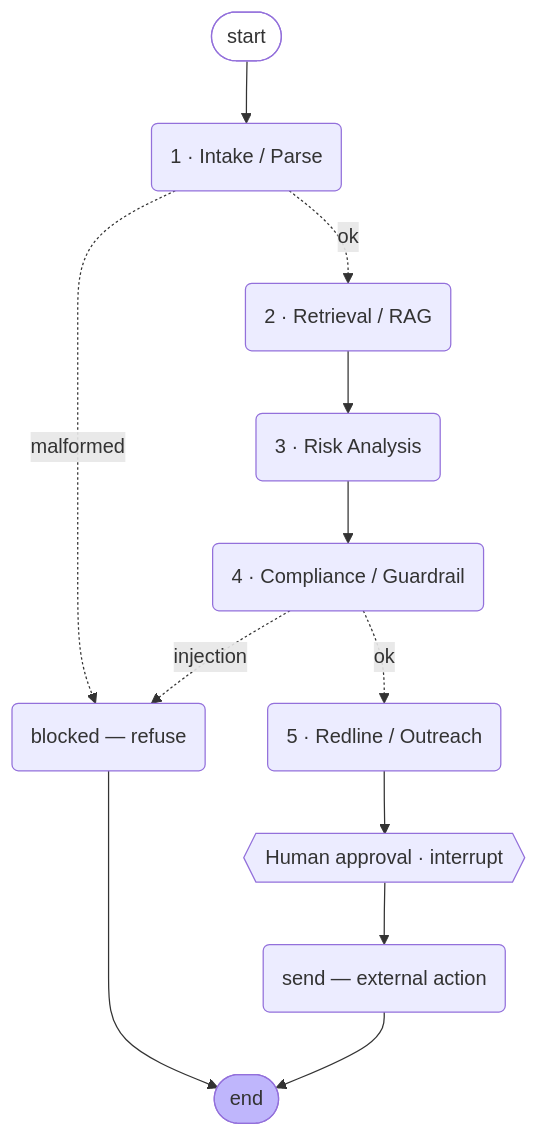
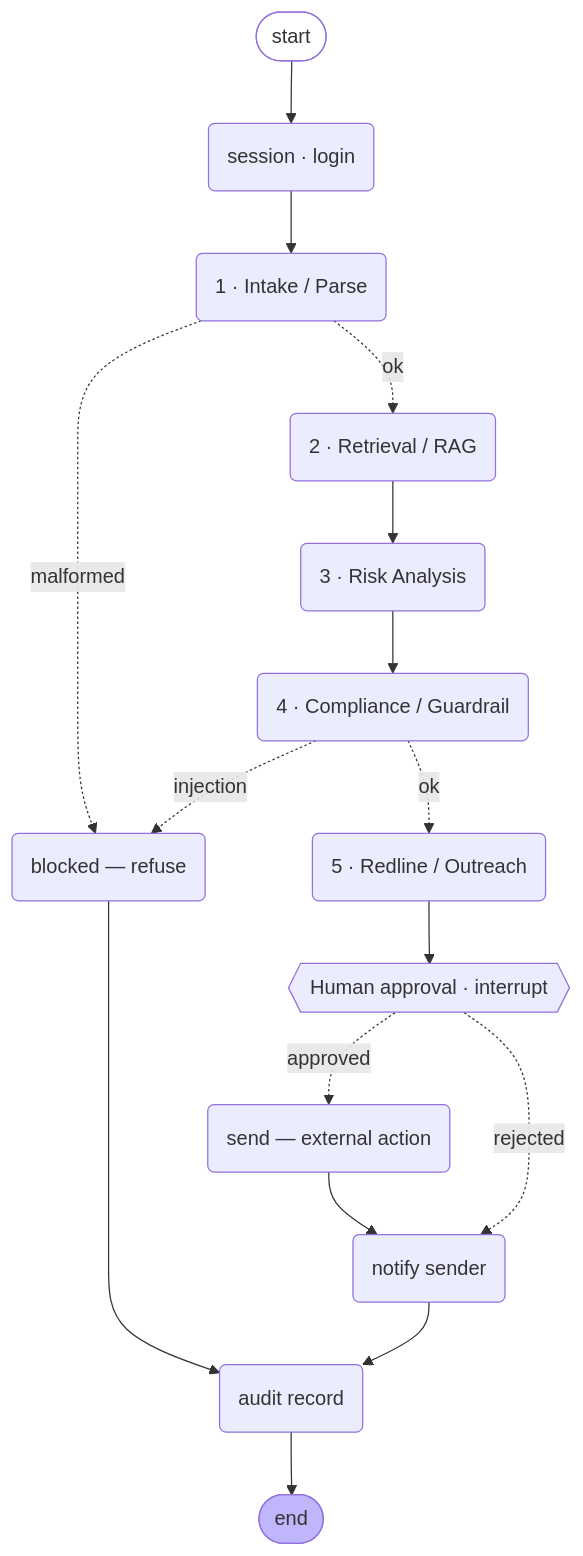
Before and after one commit to shivam1234100/Contact-Guard: the diagram in README.md, drawn with Mermaid. The commit also changed other lines of this file and 12 other files, not shown here.

````diff
--- a/README.md
+++ b/README.md
@@ -34,26 +34,33 @@
 ```mermaid
 graph TD;
     __start__([start]):::first
+    session(session · login)
     intake(1 · Intake / Parse)
     retrieval(2 · Retrieval / RAG)
     analysis(3 · Risk Analysis)
     guardrail(4 · Compliance / Guardrail)
     redline(5 · Redline / Outreach)
     human_approval{{Human approval · interrupt}}
     send(send — external action)
+    notify(notify sender)
+    record(audit record)
     blocked(blocked — refuse)
     __end__([end]):::last
-    __start__ --> intake;
+    __start__ --> session;
+    session --> intake;
     intake -.malformed.-> blocked;
     intake -.ok.-> retrieval;
     retrieval --> analysis;
     analysis --> guardrail;
     guardrail -.injection.-> blocked;
     guardrail -.ok.-> redline;
     redline --> human_approval;
-    human_approval --> send;
-    send --> __end__;
-    blocked --> __end__;
+    human_approval -.approved.-> send;
+    human_approval -.rejected.-> notify;
+    send --> notify;
+    notify --> record;
+    blocked --> record;
+    record --> __end__;
     classDef first fill-opacity:0
     classDef last fill:#bfb6fc
 ```
````
